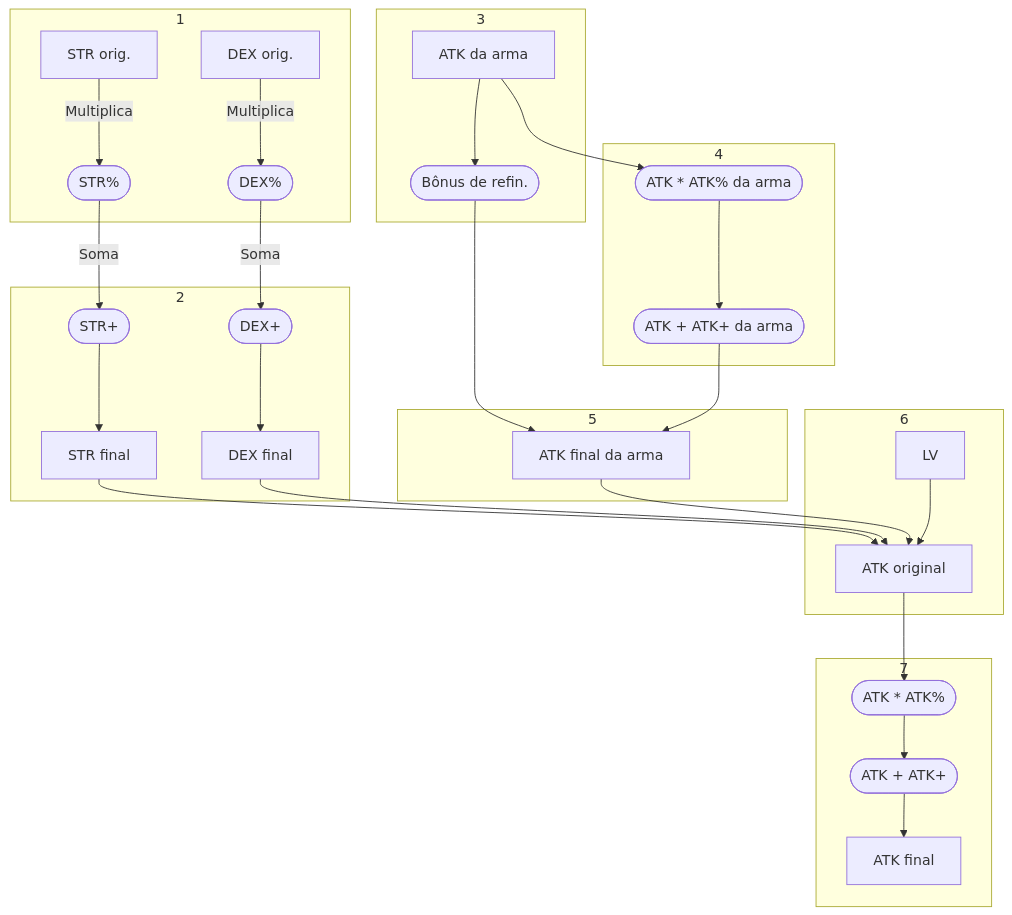
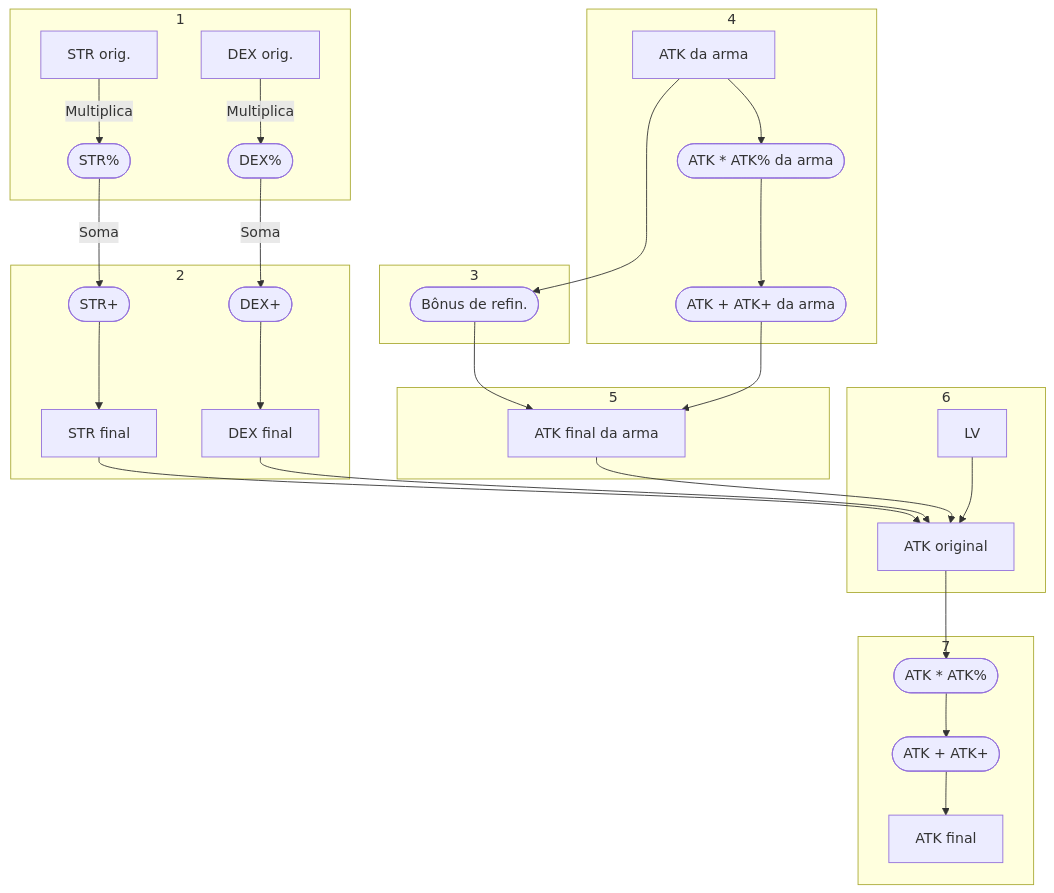
One commit to MateusRyu/Shikigami changed the diagram in 2024-07-09-Toram_Status.md. Above: the diagram before and after it, drawn with Mermaid.

Commit message:
vault backup: 2024-07-09 02:20:30
Affected files:
2024-07-09-Toram_Status.md

````diff
--- a/2024-07-09-Toram_Status.md
+++ b/2024-07-09-Toram_Status.md
@@ -66,32 +66,36 @@
 ```mermaid
 flowchart TD
 subgraph 1
 a[STR orig.] --> |Multiplica|a1([STR%]) 
 b[DEX orig.] --> |Multiplica|b1([DEX%])
 end
 
 subgraph 2
 a1 --> |Soma|a2([STR+]) --> a3[STR final]
 b1 --> |Soma|b2([DEX+]) --> b3[DEX final]
 end
 
-subgraph 3
-c[ATK da arma] --> c0([Bônus de refin.]) 
-end
+c[ATK da arma]
 
 subgraph 4
 c --> c1([ATK * ATK% da arma]) --> c2([ATK + ATK+ da arma])
 end
+
+subgraph 3
+c --> c0([Bônus de refin.]) 
+end
+
+
 
 subgraph 5
 c0 & c2 --> c3[ATK final da arma]
 end
 
 subgraph 6
 a3 & b3 & c3 & d[LV]  --> e[ATK original]
 end
 
 subgraph 7
 e --> e1([ATK * ATK%]) --> e2([ATK + ATK+]) --> e3[ATK final]
 end
 ```
````
